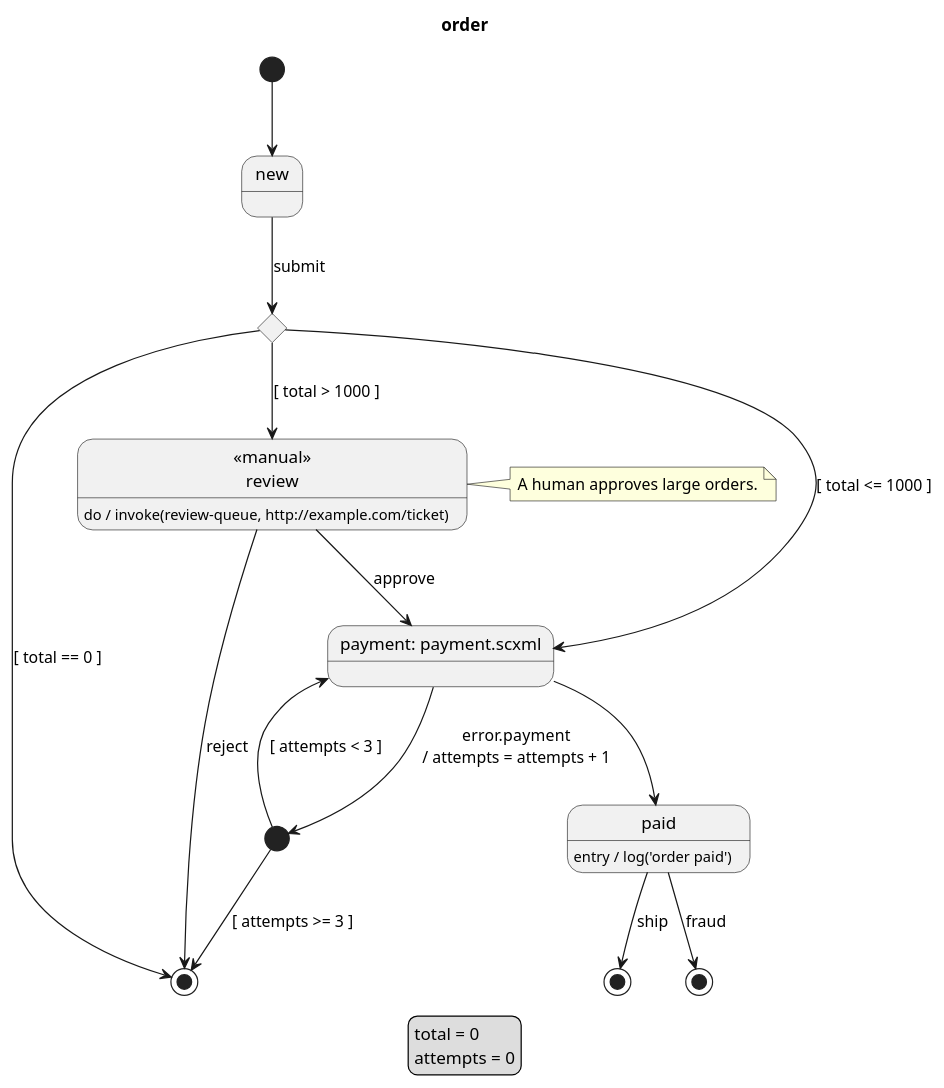
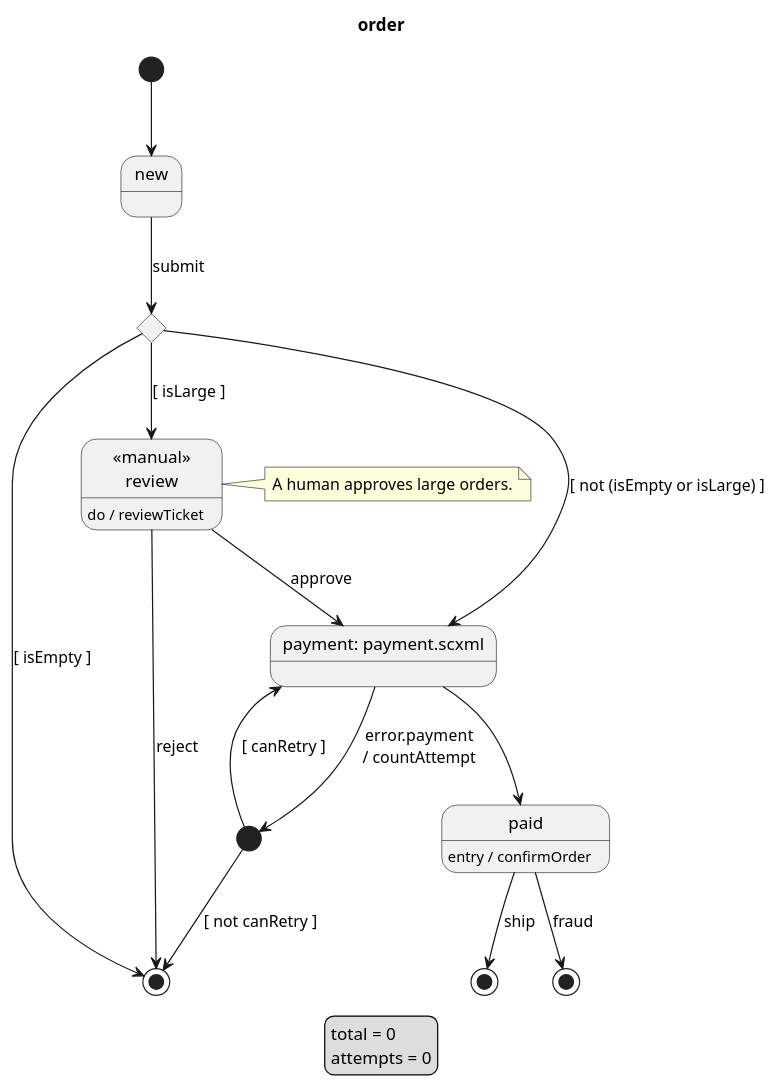
One commit to vincedupuis/transplantUML changed the diagram in example/order.puml. Above: the diagram before and after it, drawn with PlantUML. The commit also changed 28 other files, not shown here.

```diff
--- a/example/order.puml
+++ b/example/order.puml
@@ -1,32 +1,32 @@
 @startuml
 title order
 legend
     total = 0
     attempts = 0
 endlegend
 [*] --> new
 state new
 state check <<choice>>
 state "«manual»\nreview" as review <<manual>>
-review : do / invoke(review-queue, http://example.com/ticket)
+review : do / reviewTicket
 note right of review : A human approves large orders.
 state "payment: payment.scxml" as payment
 state retry <<start>>
 state paid
-paid : entry / log('order paid')
+paid : entry / confirmOrder
 state shipped <<end>>
 state rejected <<end>>
 state killed <<end>>
 new --> check: submit
-check --> rejected: [ total == 0 ]
-check --> review: [ total > 1000 ]
-check --> payment: [ total <= 1000 ]
+check --> rejected: [ isEmpty ]
+check --> review: [ isLarge ]
+check --> payment: [ not (isEmpty or isLarge) ]
 review --> payment: approve
 review --> rejected: reject
 payment --> paid
-payment --> retry: error.payment\n/ attempts = attempts + 1
-retry --> payment: [ attempts < 3 ]
-retry --> rejected: [ attempts >= 3 ]
+payment --> retry: error.payment\n/ countAttempt
+retry --> payment: [ canRetry ]
+retry --> rejected: [ not canRetry ]
 paid --> shipped: ship
 paid --> killed: fraud
 @enduml
```
